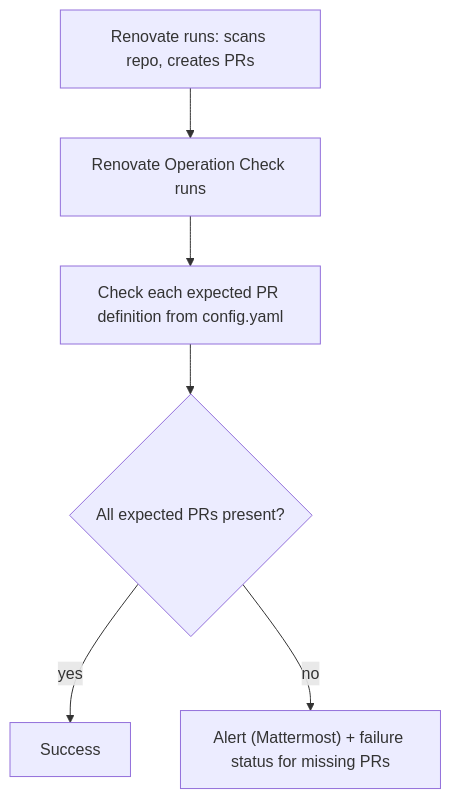
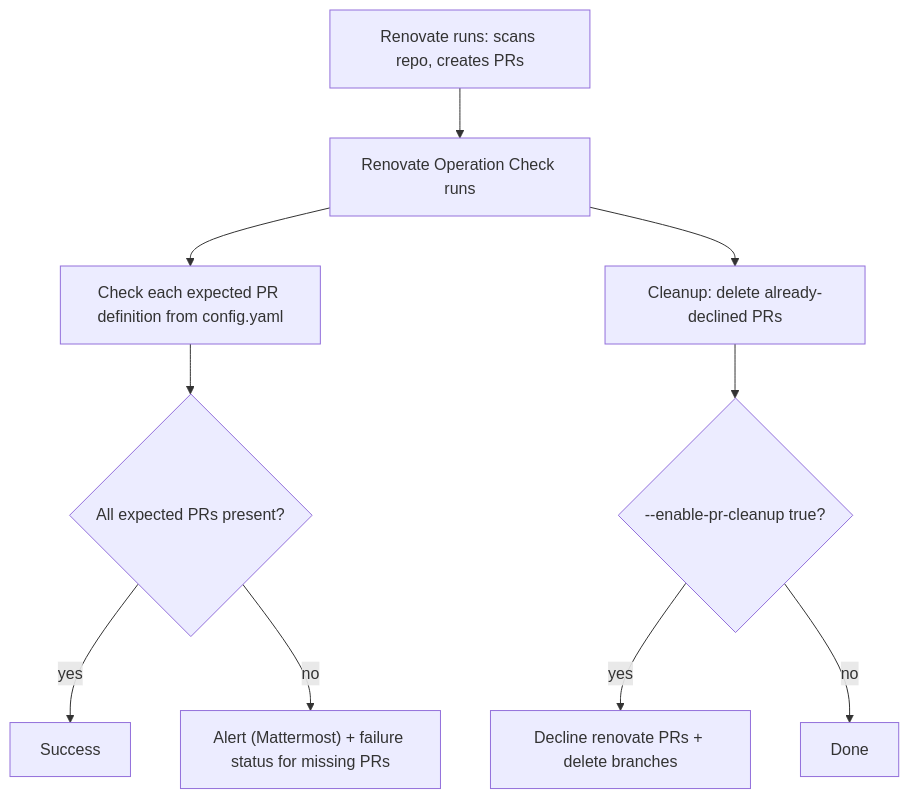
The diagram in README.md (wurstbrot/renovate-operation-check), drawn with Mermaid before and after one commit.

Commit message:
feat: enhance readme with delete pr

````diff
--- a/README.md
+++ b/README.md
@@ -13,8 +13,12 @@
 ```mermaid
 flowchart TD
     R["Renovate runs: scans repo, creates PRs"] --> C["Renovate Operation Check runs"]
     C --> L["Check each expected PR definition from config.yaml"]
     L --> D{"All expected PRs present?"}
     D -- yes --> OK["Success"]
     D -- no --> A2["Alert (Mattermost) + failure status for missing PRs"]
+    C --> X["Cleanup: delete already-declined PRs"]
+    X --> E{"--enable-pr-cleanup true?"}
+    E -- yes --> F["Decline renovate PRs + delete branches"]
+    E -- no --> G["Done"]
 ```
````
